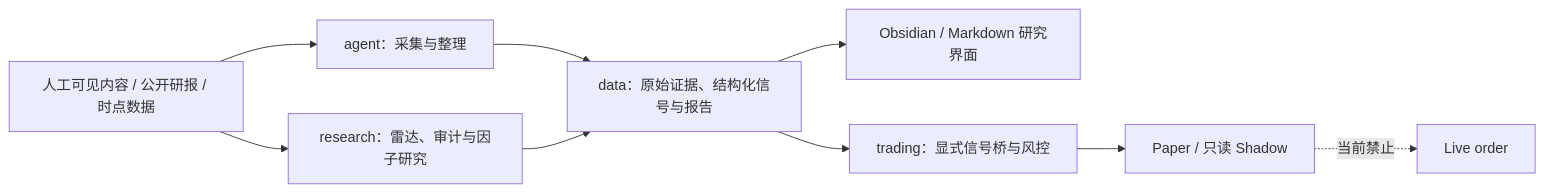
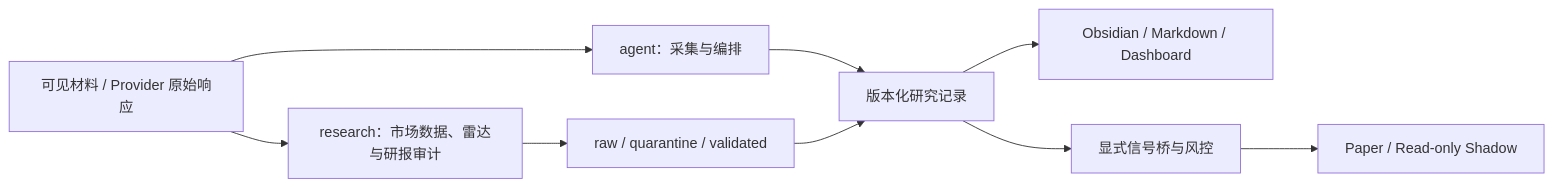
One commit to menggolight/quant_lim_1 changed the diagram in README.md. Above: the diagram before and after it, drawn with Mermaid. The commit also changed other lines of this file and 11 other files, not shown here.

````diff
--- a/README.md
+++ b/README.md
@@ -19,11 +67,11 @@
 ```mermaid
 flowchart LR
-    A["人工可见内容 / 公开研报 / 时点数据"] --> B["agent：采集与整理"]
-    A --> C["research：雷达、审计与因子研究"]
-    B --> D["data：原始证据、结构化信号与报告"]
-    C --> D
-    D --> E["Obsidian / Markdown 研究界面"]
-    D --> F["trading：显式信号桥与风控"]
-    F --> G["Paper / 只读 Shadow"]
-    G -. "当前禁止" .-> H["Live order"]
+    A["可见材料 / Provider 原始响应"] --> B["agent：采集与编排"]
+    A --> C["research：市场数据、雷达与研报审计"]
+    C --> D["raw / quarantine / validated"]
+    B --> E["版本化研究记录"]
+    D --> E
+    E --> F["Obsidian / Markdown / Dashboard"]
+    E --> G["显式信号桥与风控"]
+    G --> H["Paper / Read-only Shadow"]
 ```
````
